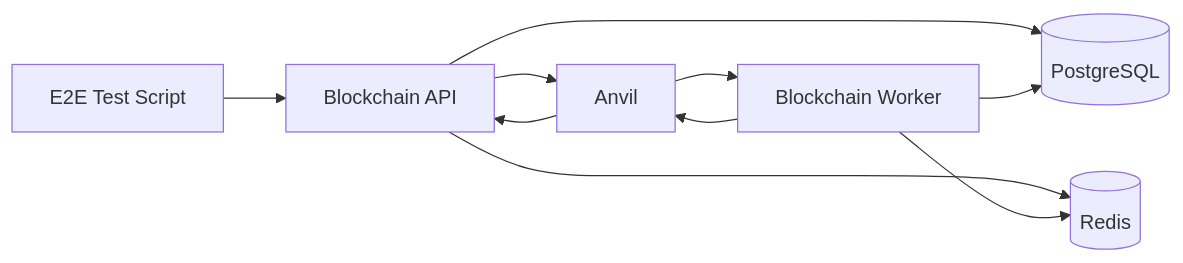
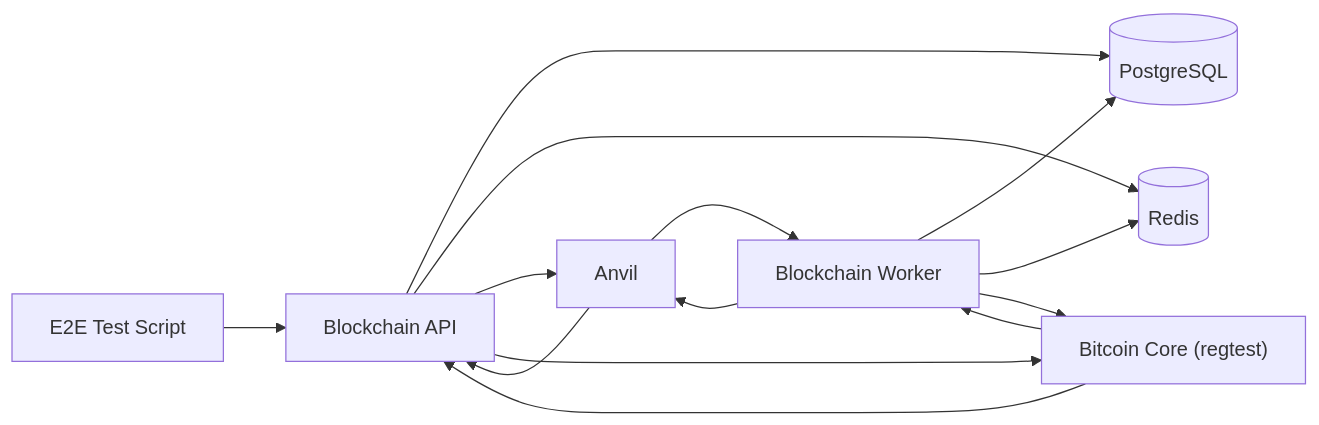
One commit to wahid-nwr/blockchain-transaction-simulator changed the seventh of 7 diagrams in docs/blockchain-integration.md. Above: the diagram before and after it, drawn with Mermaid. The commit also changed other lines of this file and 6 other files, not shown here.

````diff
--- a/docs/blockchain-integration.md
+++ b/docs/blockchain-integration.md
@@ -816,22 +1102,27 @@
 ```mermaid
 flowchart LR
     Test["E2E Test Script"]
 
     API["Blockchain API"]
     Worker["Blockchain Worker"]
     Redis[("Redis")]
     PostgreSQL[("PostgreSQL")]
     Anvil["Anvil"]
+    Bitcoin["Bitcoin Core (regtest)"]
 
     Test --> API
     API --> PostgreSQL
     API --> Redis
     API --> Anvil
+    API --> Bitcoin
 
     Worker --> PostgreSQL
     Worker --> Redis
     Worker --> Anvil
+    Worker --> Bitcoin
 
     Anvil --> API
     Anvil --> Worker
+    Bitcoin --> API
+    Bitcoin --> Worker
 ```
````
